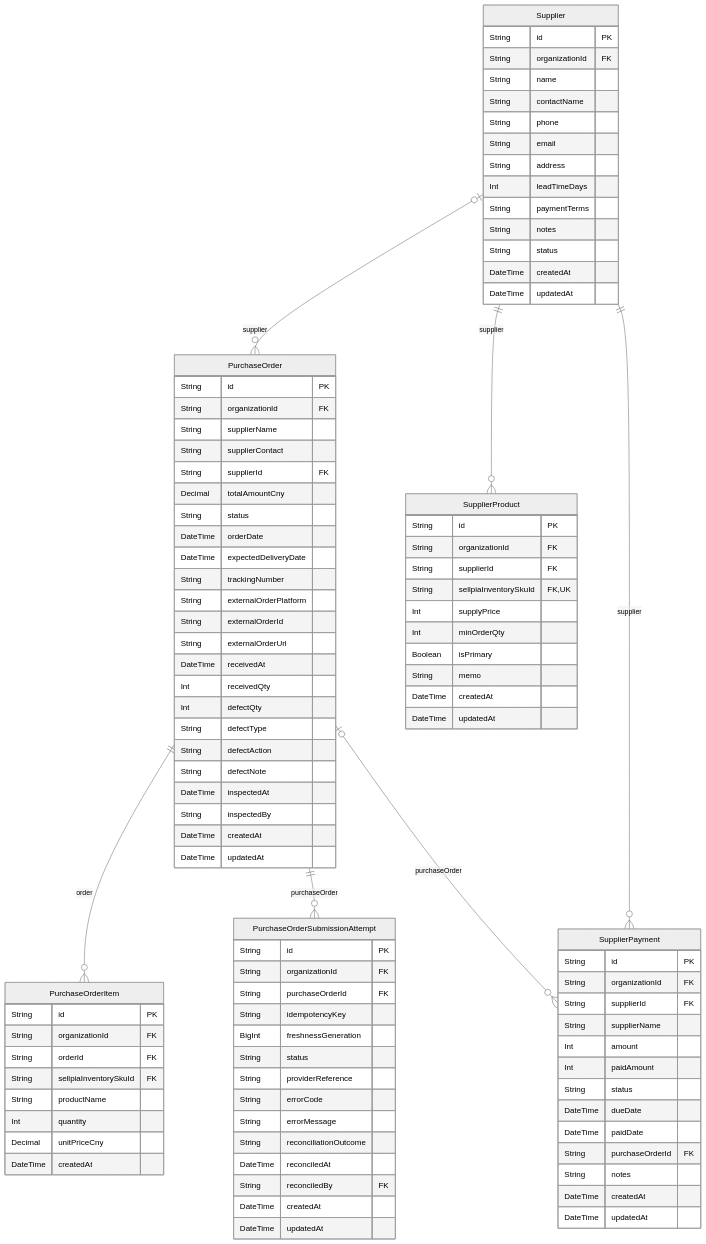
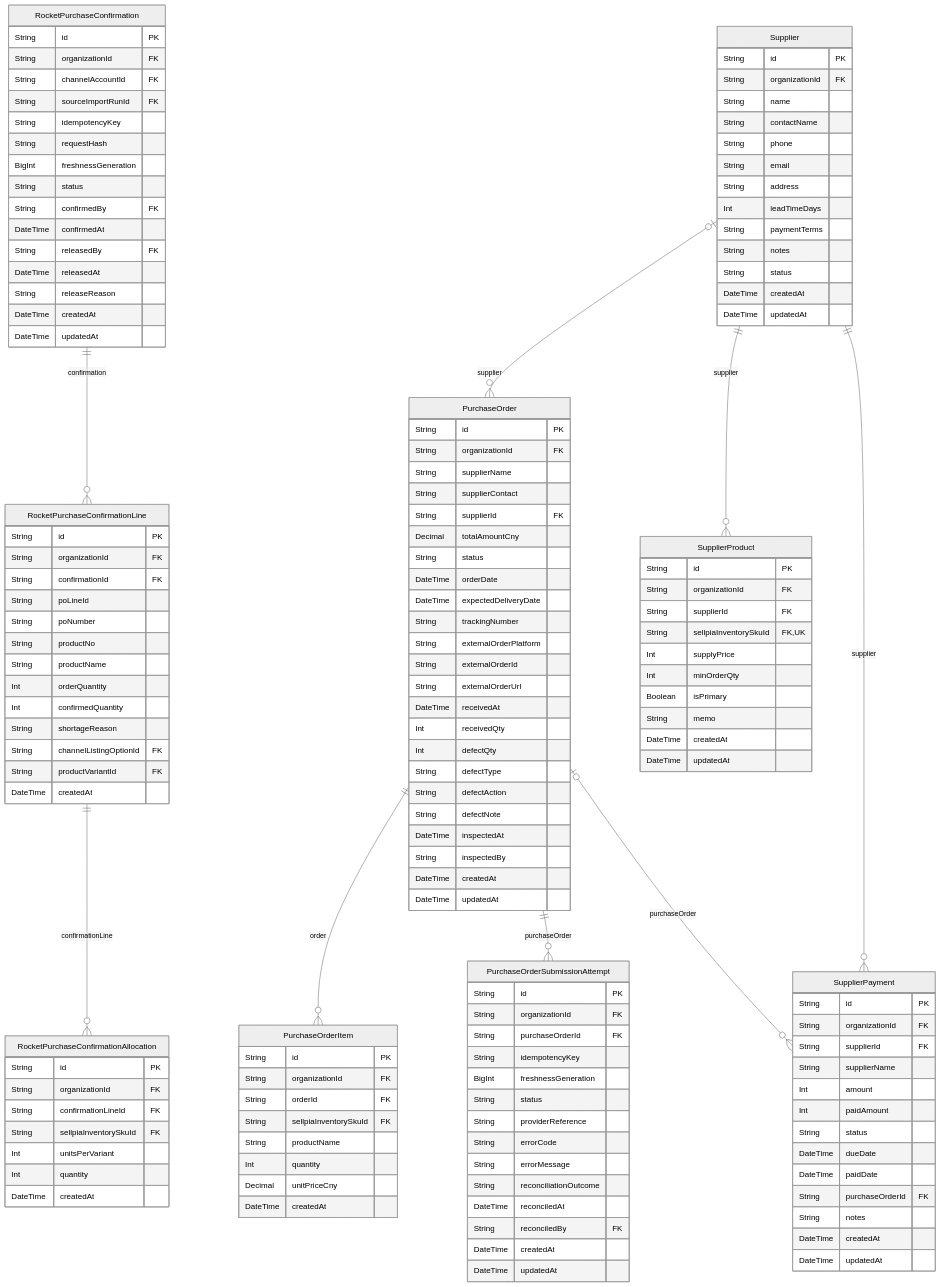
Before and after one commit to AgentFoundry-Labs/kiditem: the diagram in docs/erd/supply.md, drawn with Mermaid (neutral theme). The commit also changed other lines of this file and 70 other files, not shown here.

Commit message:
feat: confirm Rocket purchase capacity safely

```diff
--- a/docs/erd/supply.md
+++ b/docs/erd/supply.md
@@ -71,6 +74,47 @@
     DateTime createdAt
     DateTime updatedAt
   }
+  RocketPurchaseConfirmation {
+    String id PK
+    String organizationId FK
+    String channelAccountId FK
+    String sourceImportRunId FK
+    String idempotencyKey
+    String requestHash
+    BigInt freshnessGeneration
+    String status
+    String confirmedBy FK
+    DateTime confirmedAt
+    String releasedBy FK
+    DateTime releasedAt
+    String releaseReason
+    DateTime createdAt
+    DateTime updatedAt
+  }
+  RocketPurchaseConfirmationAllocation {
+    String id PK
+    String organizationId FK
+    String confirmationLineId FK
+    String sellpiaInventorySkuId FK
+    Int unitsPerVariant
+    Int quantity
+    DateTime createdAt
+  }
+  RocketPurchaseConfirmationLine {
+    String id PK
+    String organizationId FK
+    String confirmationId FK
+    String poLineId
+    String poNumber
+    String productNo
+    String productName
+    Int orderQuantity
+    Int confirmedQuantity
+    String shortageReason
+    String channelListingOptionId FK
+    String productVariantId FK
+    DateTime createdAt
+  }
   Supplier {
     String id PK
     String organizationId FK
@@ -116,6 +160,8 @@
   PurchaseOrder ||--o{ PurchaseOrderItem : "order"
   PurchaseOrder ||--o{ PurchaseOrderSubmissionAttempt : "purchaseOrder"
   PurchaseOrder o|--o{ SupplierPayment : "purchaseOrder"
+  RocketPurchaseConfirmation ||--o{ RocketPurchaseConfirmationLine : "confirmation"
+  RocketPurchaseConfirmationLine ||--o{ RocketPurchaseConfirmationAllocation : "confirmationLine"
   Supplier o|--o{ PurchaseOrder : "supplier"
   Supplier ||--o{ SupplierPayment : "supplier"
   Supplier ||--o{ SupplierProduct : "supplier"
```
